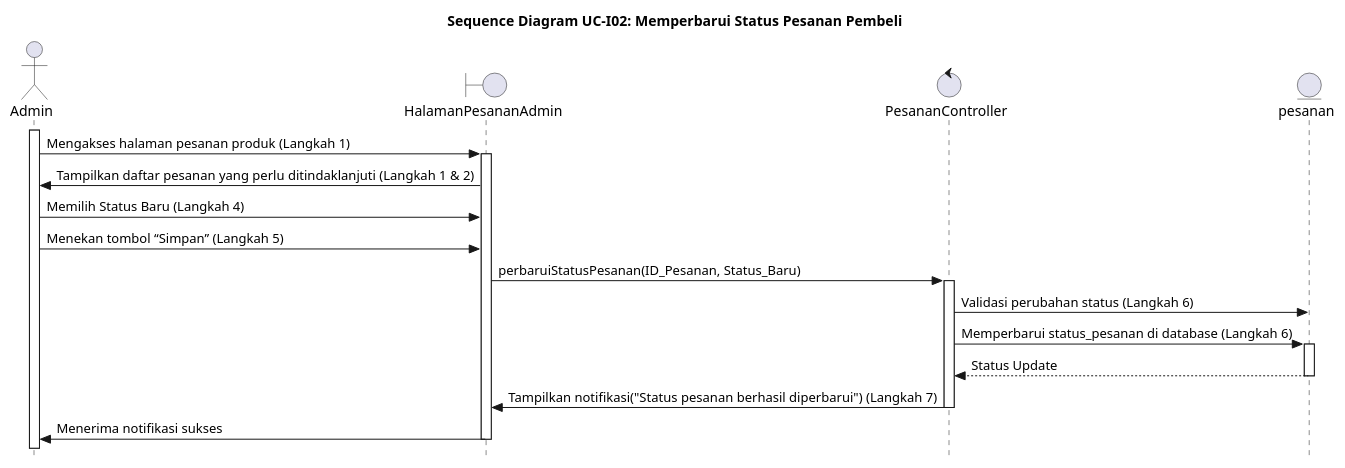
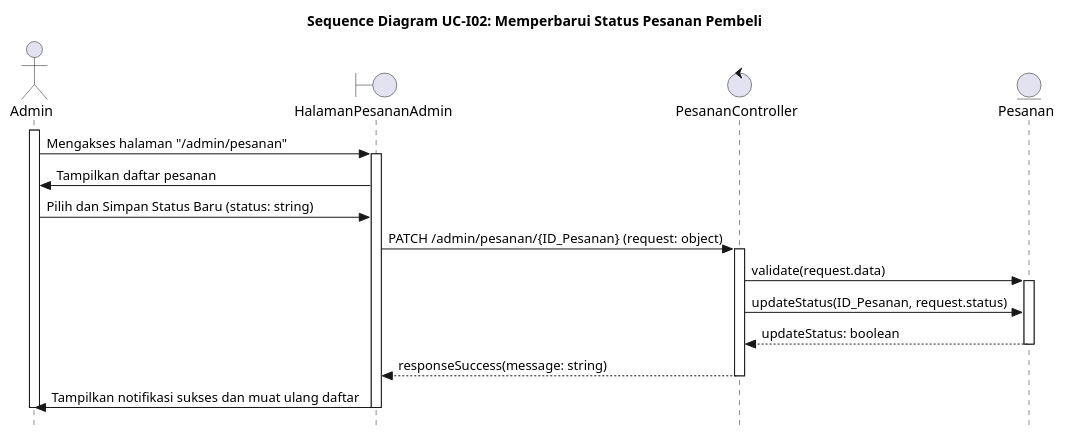
One commit to alfiahnurfa/RSI-PROYEK-AKHIR-SEQUENCE changed the diagram in UC-I02.PUML. Above: the diagram before and after it, drawn with PlantUML. The commit also changed 60 other files, not shown here.

```diff
--- a/UC-I02.PUML
+++ b/UC-I02.PUML
@@ -1,64 +1,35 @@
 @startuml SD-UC-IO2_UpdateStatusPesanan
 title Sequence Diagram UC-I02: Memperbarui Status Pesanan Pembeli
 skinparam style strictuml
 
 actor Admin
 boundary HalamanPesananAdmin
 control PesananController
-entity pesanan
-' participant Notifikasi as "Sistem Notifikasi"
-
-' box "Sistem Manajemen Pesanan"
-'     participant HalamanPesananAdmin
-'     participant PesananController
-' end box
+entity Pesanan
 
 activate Admin
-Admin -> HalamanPesananAdmin : Mengakses halaman pesanan produk (Langkah 1)
+Admin -> HalamanPesananAdmin : Mengakses halaman "/admin/pesanan"
 activate HalamanPesananAdmin
 
-HalamanPesananAdmin -> Admin : Tampilkan daftar pesanan yang perlu ditindaklanjuti (Langkah 1 & 2)
+HalamanPesananAdmin -> Admin : Tampilkan daftar pesanan
 
-' Admin -> HalamanPesananAdmin : Memilih pesanan & menekan tombol "Beri Aksi" (Langkah 2 & 3)
-' HalamanPesananAdmin -> HalamanPesananAdmin : Buka akses pengisian Status Pesanan (Langkah 3)
+Admin -> HalamanPesananAdmin : Pilih dan Simpan Status Baru (status: string)
 
-Admin -> HalamanPesananAdmin : Memilih Status Baru (Langkah 4)
-
-Admin -> HalamanPesananAdmin : Menekan tombol “Simpan” (Langkah 5)
-
-HalamanPesananAdmin -> PesananController : perbaruiStatusPesanan(ID_Pesanan, Status_Baru)
+HalamanPesananAdmin -> PesananController : PATCH /admin/pesanan/{ID_Pesanan} (request: object)
 activate PesananController
 
-PesananController -> pesanan : Validasi perubahan status (Langkah 6)
+PesananController -> Pesanan : validate(request.data)
+activate Pesanan
 
-PesananController -> pesanan : Memperbarui status_pesanan di database (Langkah 6)
-activate pesanan
-return Status Update
-deactivate pesanan
-PesananController -> HalamanPesananAdmin : Tampilkan notifikasi("Status pesanan berhasil diperbarui") (Langkah 7)
-    
-' PesananController -> Notifikasi : Memicu notifikasi status baru kepada Pembeli (Langkah 8)
-' activate Notifikasi
-' deactivate Notifikasi
+PesananController -> Pesanan : updateStatus(ID_Pesanan, request.status)
+Pesanan --> PesananController : updateStatus: boolean
+deactivate Pesanan
+
+PesananController --> HalamanPesananAdmin : responseSuccess(message: string)
 deactivate PesananController
 
-HalamanPesananAdmin -> Admin : Menerima notifikasi sukses
-
-' alt Proses Pembaruan Gagal (Alternative Flow 6.a)
-'     note over PesananController
-'         Contoh: Melompat status secara tidak sah
-'     end note
-'     PesananController -> HalamanPesananAdmin : Tampilkan notifikasi("Pembaruan Status Gagal.") (Langkah 7.a)
-'     deactivate PesananController
-    
-'     HalamanPesananAdmin -> Admin : Menerima notifikasi gagal
-    
-'     note over Admin, HalamanPesananAdmin
-'         Kembali ke Langkah 4 (Langkah 8.a)
-'     end note
-' else Proses Pembaruan Sukses (Main Flow)
-
-' end alt
+HalamanPesananAdmin -> Admin : Tampilkan notifikasi sukses dan muat ulang daftar
 deactivate HalamanPesananAdmin
+deactivate Admin
 
 @enduml
```
